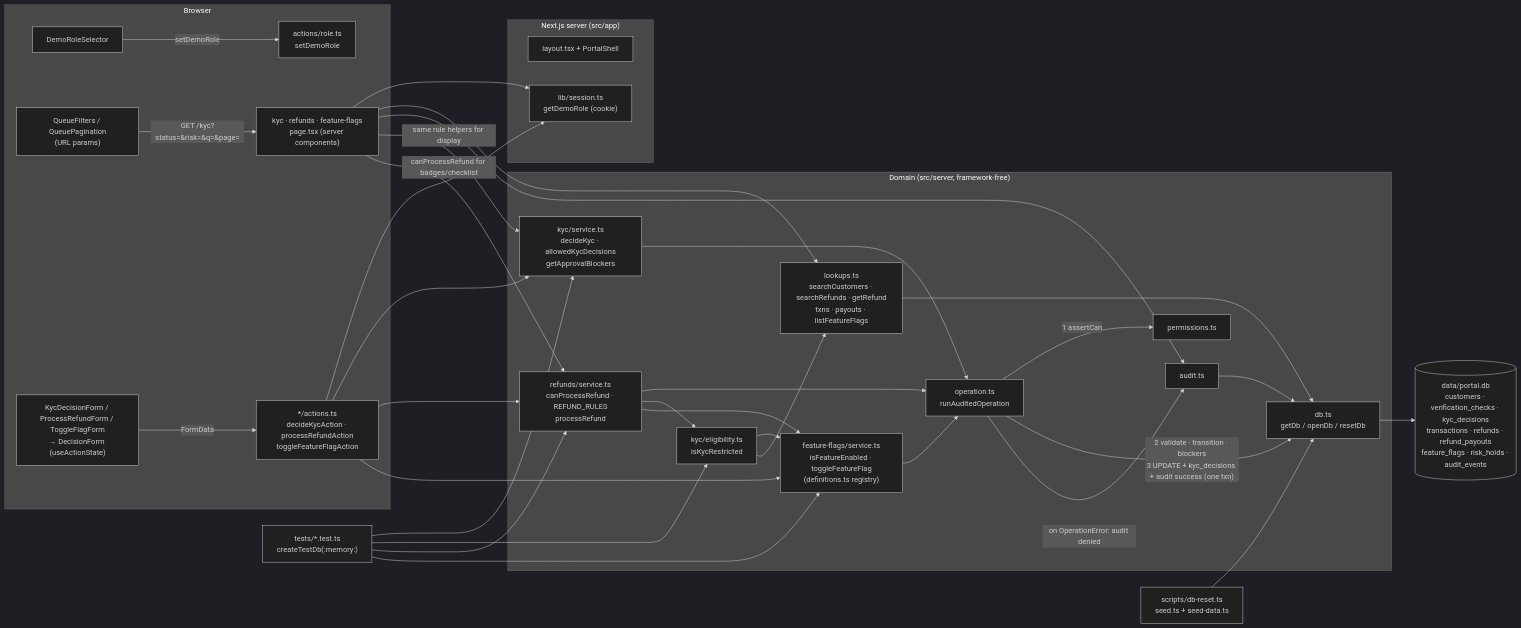
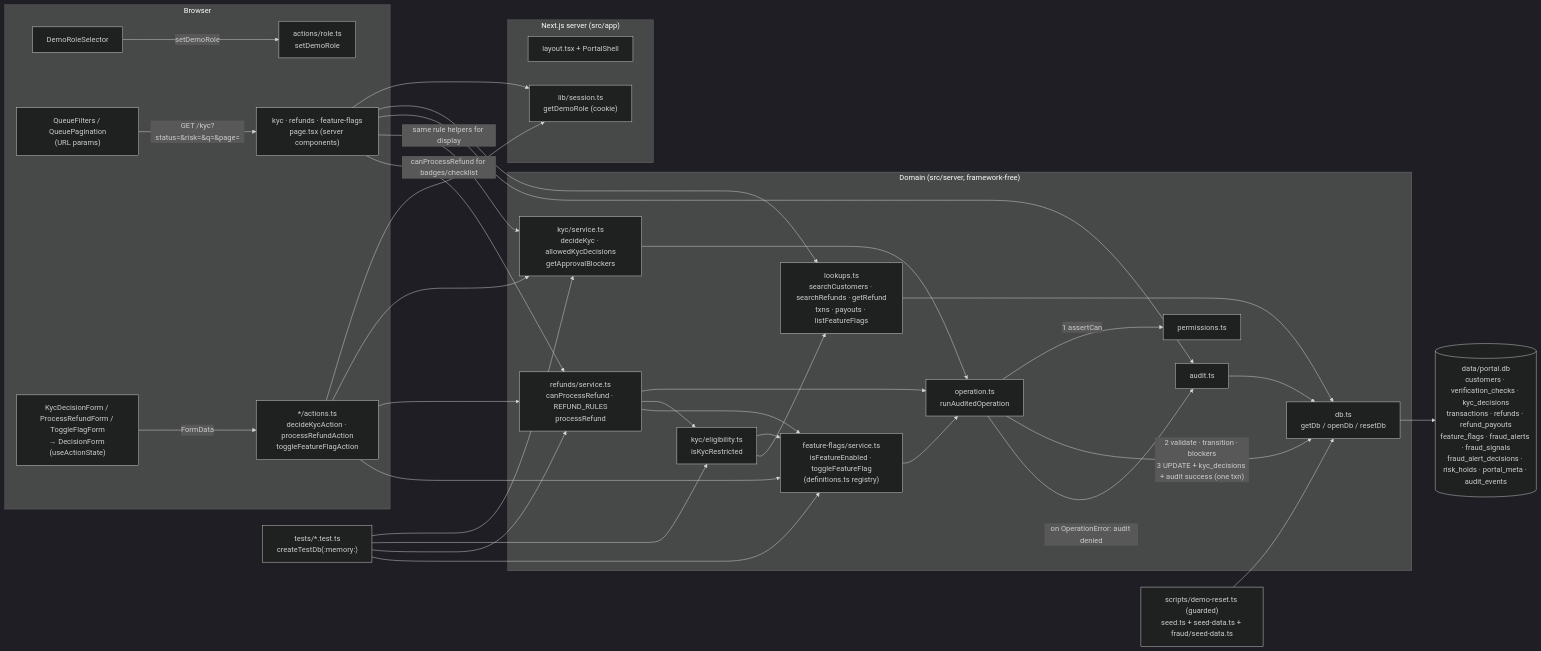
The diagram in docs/architecture.md (preyat/devinDemo), drawn with Mermaid (dark theme) before and after one commit. The commit also changed other lines of this file and 3 other files, not shown here.

Commit message:
Docs: Fraud Operations, ACCOUNT_RISK_HOLD, guarded demo:reset

````diff
--- a/docs/architecture.md
+++ b/docs/architecture.md
@@ -6,58 +6,58 @@
 ```mermaid
 flowchart LR
   subgraph Browser
     Sel[DemoRoleSelector] -->|setDemoRole| RoleAct
     Filters["QueueFilters / QueuePagination<br/>(URL params)"] -->|GET /kyc?status=&risk=&q=&page=| Page
     Form["KycDecisionForm / ProcessRefundForm / ToggleFlagForm<br/>→ DecisionForm (useActionState)"] -->|FormData| Acts
   end
 
   subgraph "Next.js server (src/app)"
     Layout[layout.tsx + PortalShell]
     Page["kyc · refunds · feature-flags<br/>page.tsx (server components)"]
     Acts["*/actions.ts<br/>decideKycAction · processRefundAction<br/>toggleFeatureFlagAction"]
     RoleAct["actions/role.ts<br/>setDemoRole"]
     Session["lib/session.ts<br/>getDemoRole (cookie)"]
   end
 
   subgraph "Domain (src/server, framework-free)"
     Svc["kyc/service.ts<br/>decideKyc · allowedKycDecisions<br/>getApprovalBlockers"]
     Elig["kyc/eligibility.ts<br/>isKycRestricted"]
     Ref["refunds/service.ts<br/>canProcessRefund · REFUND_RULES<br/>processRefund"]
     Flags["feature-flags/service.ts<br/>isFeatureEnabled · toggleFeatureFlag<br/>(definitions.ts registry)"]
     Op["operation.ts<br/>runAuditedOperation"]
     Perm[permissions.ts]
     Look["lookups.ts<br/>searchCustomers · searchRefunds · getRefund<br/>txns · payouts · listFeatureFlags"]
     Audit[audit.ts]
     DB["db.ts<br/>getDb / openDb / resetDb"]
   end
 
-  SQLite[("data/portal.db<br/>customers · verification_checks · kyc_decisions<br/>transactions · refunds · refund_payouts<br/>feature_flags · risk_holds · audit_events")]
+  SQLite[("data/portal.db<br/>customers · verification_checks · kyc_decisions<br/>transactions · refunds · refund_payouts<br/>feature_flags · fraud_alerts · fraud_signals<br/>fraud_alert_decisions · risk_holds · portal_meta · audit_events")]
 
   Page --> Session
   Page --> Look
   Page --> Audit
   Page -->|"same rule helpers for display"| Svc
   Page -->|"canProcessRefund for badges/checklist"| Ref
   Acts --> Session
   Acts --> Svc
   Acts --> Ref
   Acts --> Flags
   Svc --> Op
   Ref --> Op
   Flags --> Op
   Ref --> Elig
   Ref --> Flags
   Elig --> Flags
   Op -->|1 assertCan| Perm
   Op -->|"2 validate · transition · blockers<br/>3 UPDATE + kyc_decisions + audit success (one txn)"| DB
   Op -->|on OperationError: audit denied| Audit
   Elig --> Look
   Look --> DB
   Audit --> DB
   DB --> SQLite
-  Reset["scripts/db-reset.ts<br/>seed.ts + seed-data.ts"] --> DB
+  Reset["scripts/demo-reset.ts (guarded)<br/>seed.ts + seed-data.ts + fraud/seed-data.ts"] --> DB
   Tests["tests/*.test.ts<br/>createTestDb(:memory:)"] --> Svc
   Tests --> Elig
   Tests --> Ref
   Tests --> Flags
 ```
````
